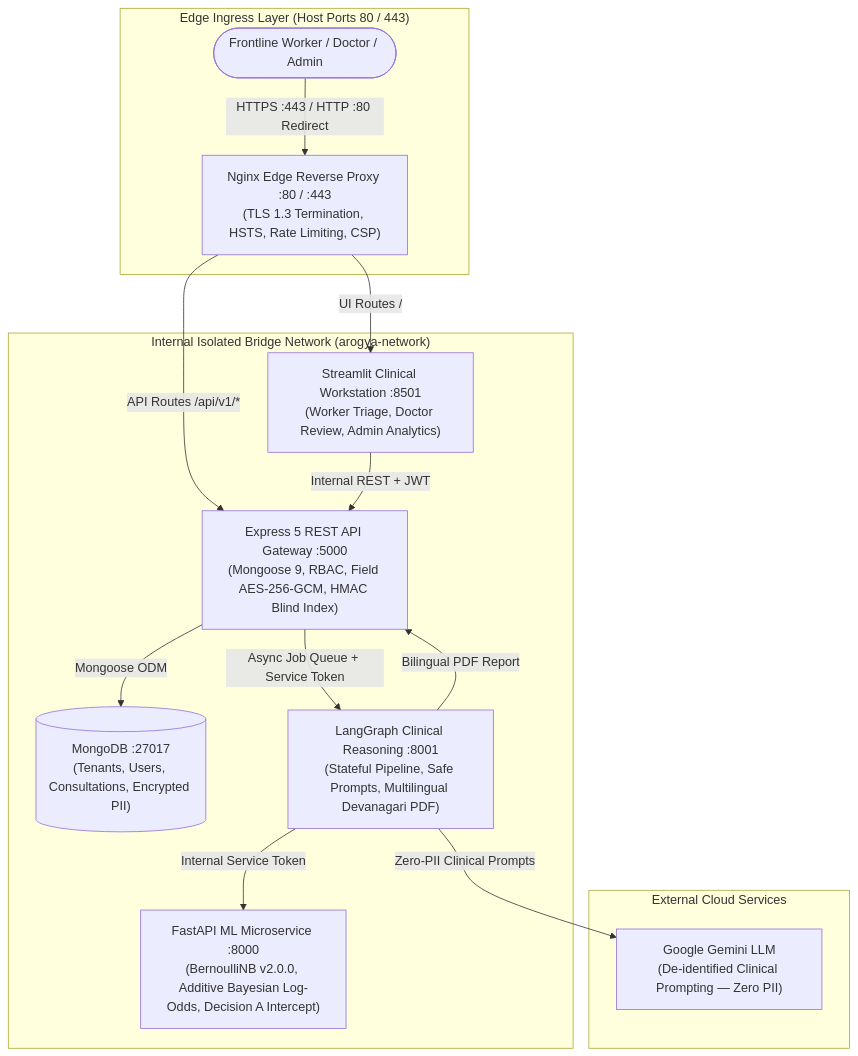
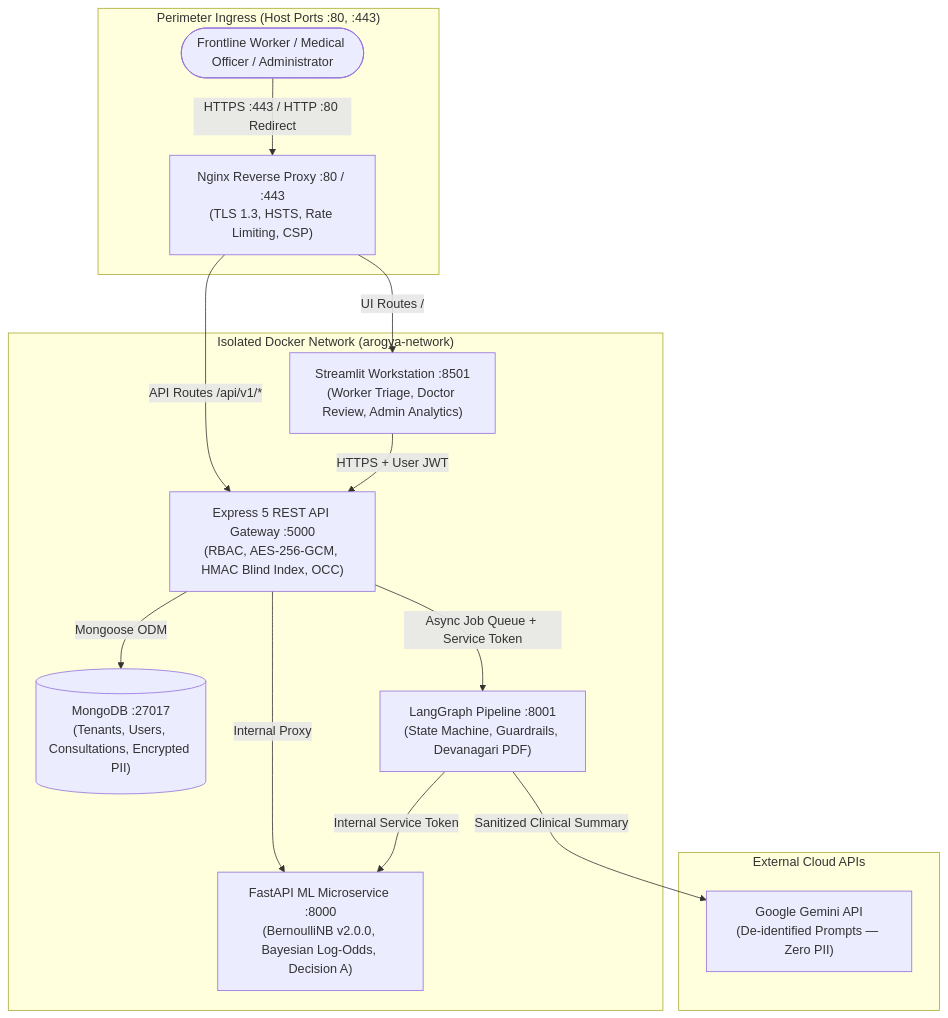
The first of 2 diagrams in README.md (satyam7535/ArogyaMitra), drawn with Mermaid before and after one commit. The commit also changed other lines of this file and 29 other files, not shown here.

````diff
--- a/README.md
+++ b/README.md
@@ -9,29 +9,29 @@
 ```mermaid
 flowchart TD
-    subgraph Public ["Edge Ingress Layer (Host Ports 80 / 443)"]
-        User(["Frontline Worker / Doctor / Admin"])
-        Proxy["Nginx Edge Reverse Proxy :80 / :443\n(TLS 1.3 Termination, HSTS, Rate Limiting, CSP)"]
+    subgraph Ingress ["Perimeter Ingress (Host Ports :80, :443)"]
+        Client(["Frontline Worker / Medical Officer / Administrator"])
+        Proxy["Nginx Reverse Proxy :80 / :443\n(TLS 1.3, HSTS, Rate Limiting, CSP)"]
     end
 
-    subgraph Internal ["Internal Isolated Bridge Network (arogya-network)"]
-        UI["Streamlit Clinical Workstation :8501\n(Worker Triage, Doctor Review, Admin Analytics)"]
-        API["Express 5 REST API Gateway :5000\n(Mongoose 9, RBAC, Field AES-256-GCM, HMAC Blind Index)"]
+    subgraph InternalNet ["Isolated Docker Network (arogya-network)"]
+        UI["Streamlit Workstation :8501\n(Worker Triage, Doctor Review, Admin Analytics)"]
+        API["Express 5 REST API Gateway :5000\n(RBAC, AES-256-GCM, HMAC Blind Index, OCC)"]
         DB[("MongoDB :27017\n(Tenants, Users, Consultations, Encrypted PII)")]
-        GraphSvc["LangGraph Clinical Reasoning :8001\n(Stateful Pipeline, Safe Prompts, Multilingual Devanagari PDF)"]
-        MLSvc["FastAPI ML Microservice :8000\n(BernoulliNB v2.0.0, Additive Bayesian Log-Odds, Decision A Intercept)"]
+        ML["FastAPI ML Microservice :8000\n(BernoulliNB v2.0.0, Bayesian Log-Odds, Decision A)"]
+        Graph["LangGraph Pipeline :8001\n(State Machine, Guardrails, Devanagari PDF)"]
     end
 
-    subgraph External ["External Cloud Services"]
-        GeminiAPI["Google Gemini LLM\n(De-identified Clinical Prompting — Zero PII)"]
+    subgraph Cloud ["External Cloud APIs"]
+        LLM["Google Gemini API\n(De-identified Prompts — Zero PII)"]
     end
 
-    User -->|HTTPS :443 / HTTP :80 Redirect| Proxy
+    Client -->|HTTPS :443 / HTTP :80 Redirect| Proxy
     Proxy -->|UI Routes /| UI
     Proxy -->|API Routes /api/v1/*| API
-    UI -->|Internal REST + JWT| API
+    UI -->|HTTPS + User JWT| API
     API -->|Mongoose ODM| DB
-    API -->|Async Job Queue + Service Token| GraphSvc
-    GraphSvc -->|Internal Service Token| MLSvc
-    GraphSvc -->|Zero-PII Clinical Prompts| GeminiAPI
-    GraphSvc -->|Bilingual PDF Report| API
+    API -->|Internal Proxy| ML
+    API -->|Async Job Queue + Service Token| Graph
+    Graph -->|Internal Service Token| ML
+    Graph -->|Sanitized Clinical Summary| LLM
 ```
````
